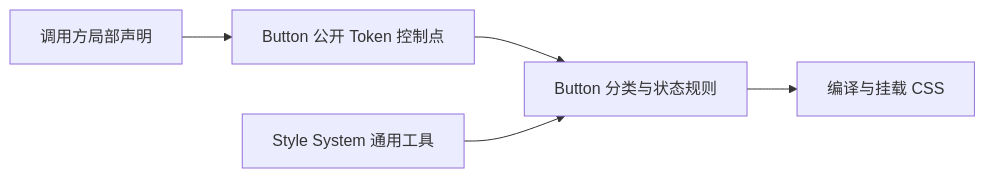
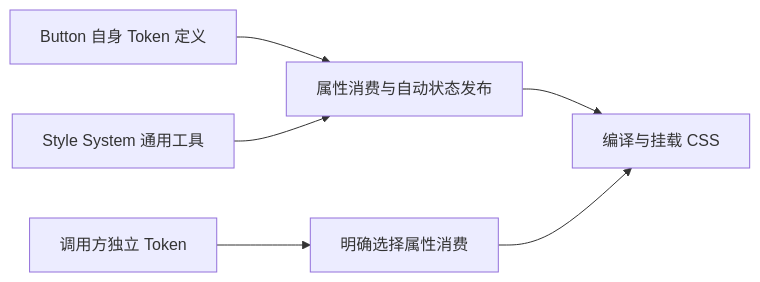
The diagram in docs/guide/Button基础组件.md (edsolater/uikit), drawn with Mermaid before and after one commit. The commit also changed other lines of this file and 12 other files, not shown here.

````diff
--- a/docs/guide/Button基础组件.md
+++ b/docs/guide/Button基础组件.md
@@ -118,7 +114,8 @@
 ```mermaid
 flowchart LR
-  Caller[调用方局部声明] --> V[Button 公开 Token 控制点]
-  V --> R[Button 分类与状态规则]
+  V[Button 自身 Token 定义] --> R[属性消费与自动状态发布]
+  Caller[调用方独立 Token] --> Local[明确选择属性消费]
   Tools[Style System 通用工具] --> R
   R --> CSS[编译与挂载 CSS]
+  Local --> CSS
 ```
````
